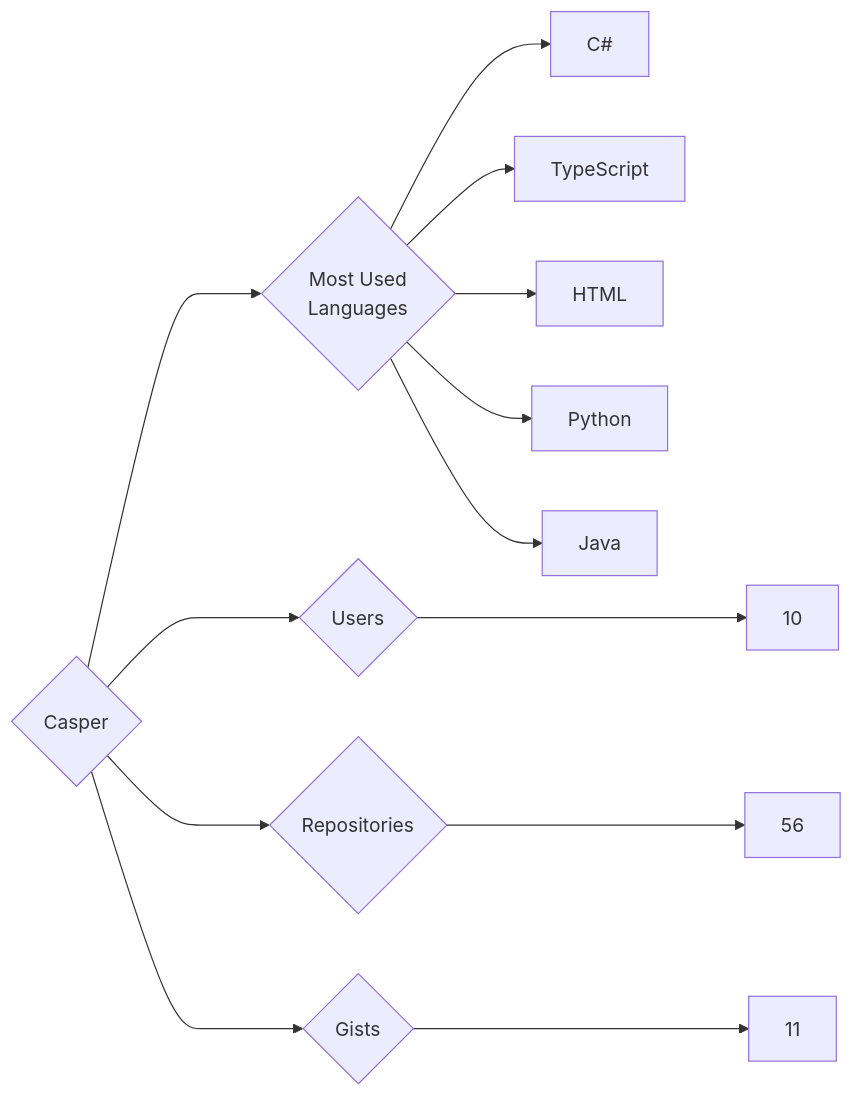
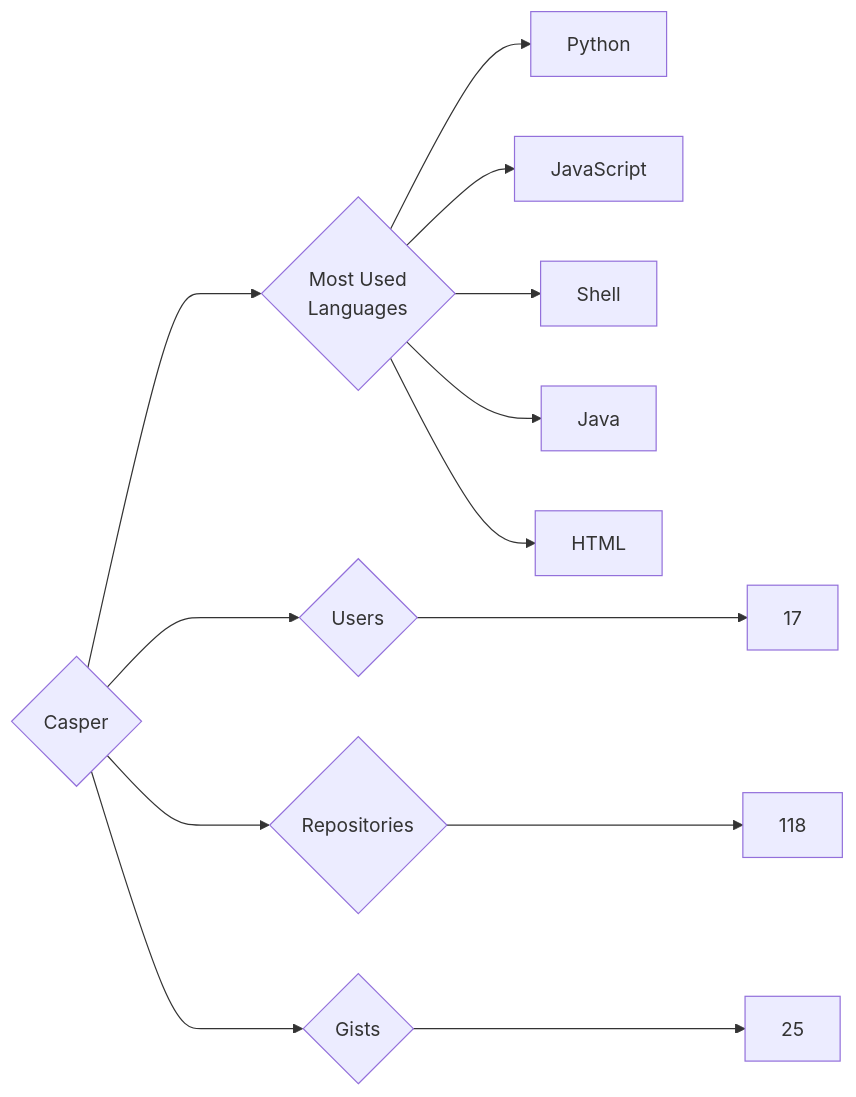
Before and after one commit to trickest/insiders: the diagram in targets/Casper/README.md, drawn with Mermaid. The commit also changed 965 other files, not shown here.

````diff
--- a/targets/Casper/README.md
+++ b/targets/Casper/README.md
@@ -3,13 +3,13 @@
 ```mermaid
 graph LR
 COMPANY_NAME{Casper}
-COMPANY_NAME ---> U{Users} ---> UN[10]
-COMPANY_NAME ---> R{Repositories} ---> RN[56]
-COMPANY_NAME ---> G{Gists} ---> GN[11]
+COMPANY_NAME ---> U{Users} ---> UN[17]
+COMPANY_NAME ---> R{Repositories} ---> RN[118]
+COMPANY_NAME ---> G{Gists} ---> GN[25]
 COMPANY_NAME ---> ML{Most Used<br>Languages}
-ML --> C#[C#]
-ML --> TypeScript[TypeScript]
+ML --> Python[Python]
+ML --> JavaScript[JavaScript]
+ML --> Shell[Shell]
+ML --> Java[Java]
 ML --> HTML[HTML]
-ML --> Python[Python]
-ML --> Java[Java]
 ```
````
